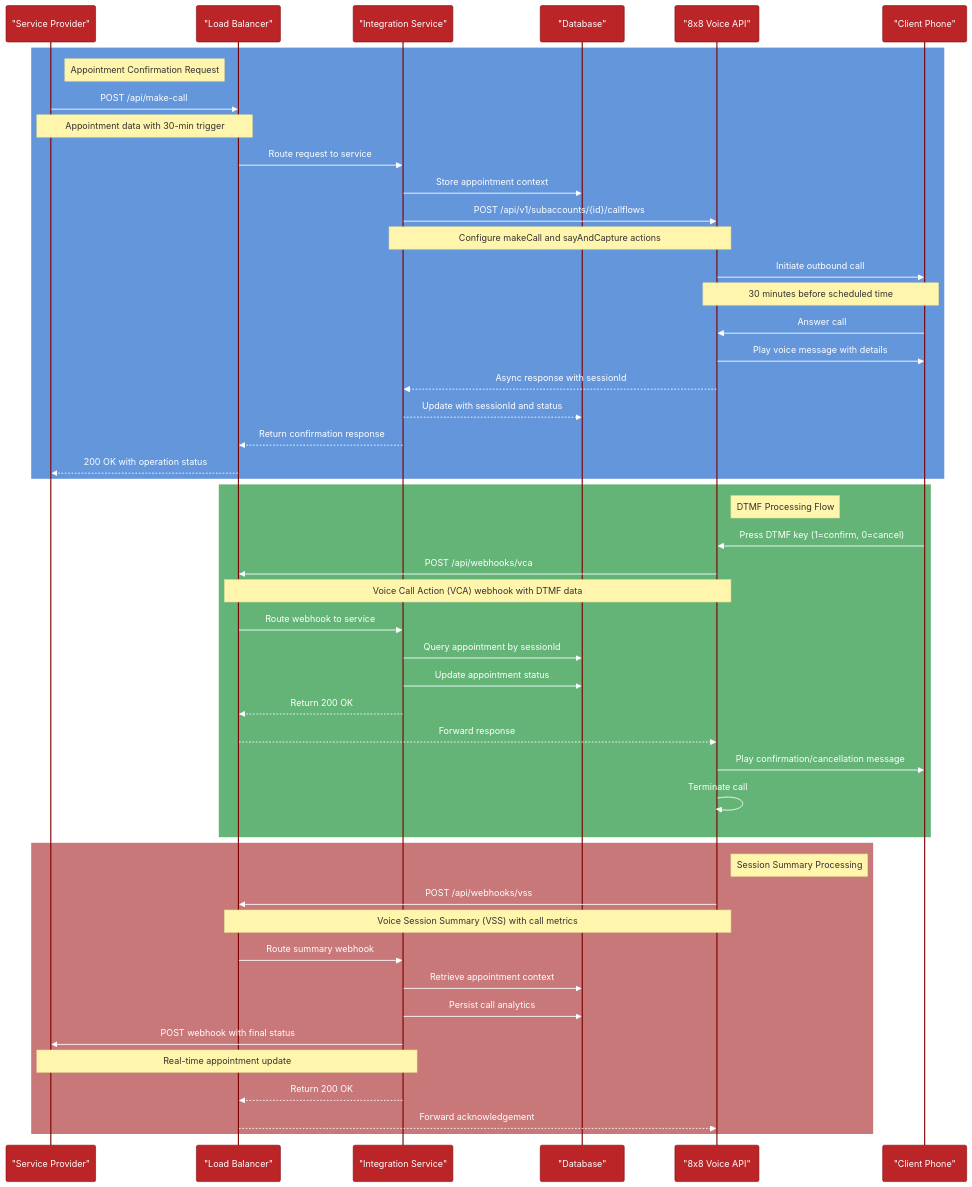
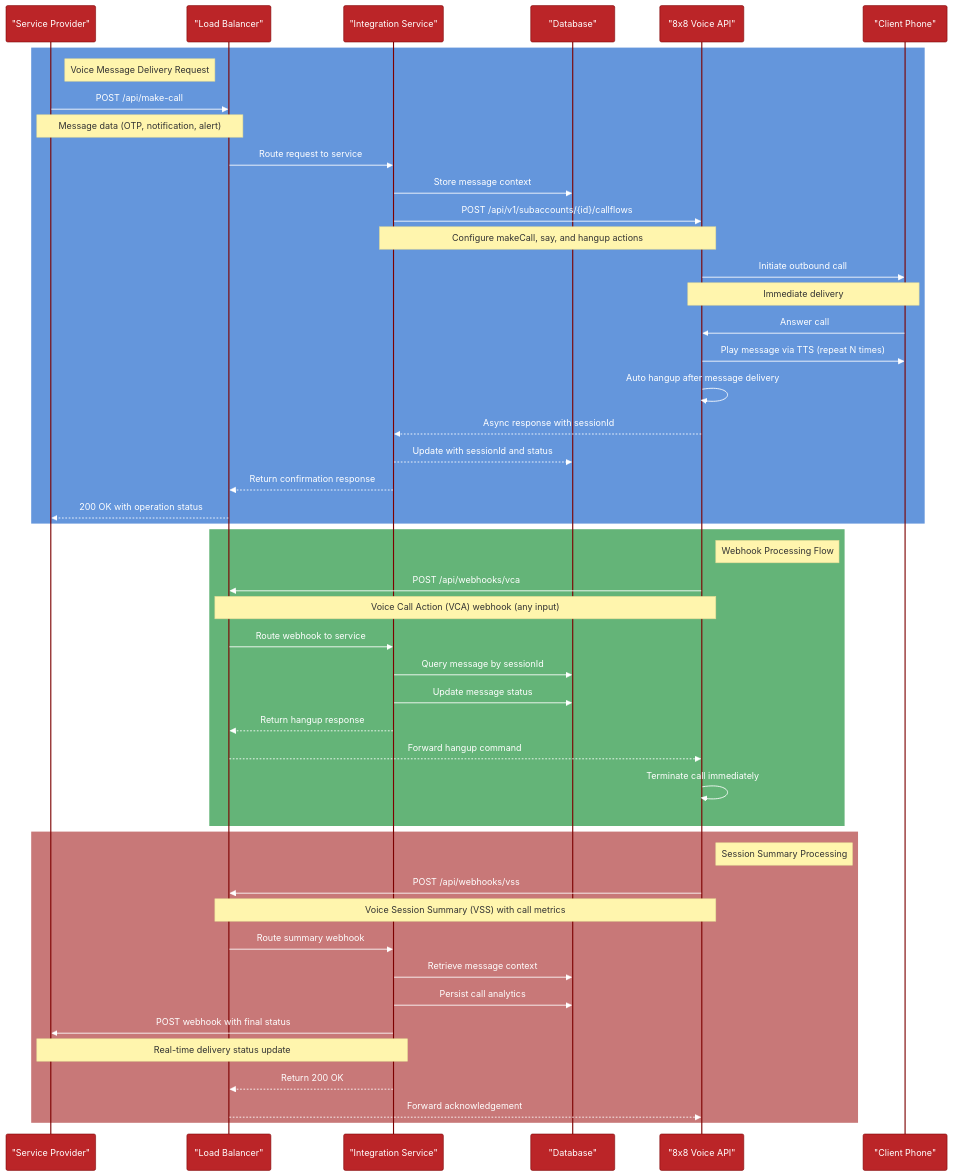
One commit to harrism04/voice_messaging changed the diagram in flow_diagram_detailed.md. Above: the diagram before and after it, drawn with Mermaid. The commit also changed other lines of this file and 1 other file, not shown here.

Commit message:
Update flow diagrams for voice messaging system
- Updated detailed flow diagram to show voice message delivery instead of appointment confirmation
- Changed from scheduled calls to immediate message delivery (OTP, notifications, alerts)
- Modified webhook processing to show hangup response for any input
- Updated simple flow diagram with TTS message delivery and auto-hangup
- Removed DTMF input handling from flow descriptions
- Updated descriptions to focus on delivery status rather than appointment confirmation

🤖 Generated with [Claude Code](https://claude.ai/code)

````diff
--- a/flow_diagram_detailed.md
+++ b/flow_diagram_detailed.md
@@ -1,69 +1,68 @@
 ```mermaid
 %%{init: {
   'theme': 'base', 
   'themeVariables': {
     'primaryColor': '#BB2528',
     'primaryTextColor': '#fff',
     'primaryBorderColor': '#7C0000',
     'lineColor': '#F8B229',
     'secondaryColor': '#006100',
     'tertiaryColor': '#fff',
     'textColor': '#fff',
     'noteTextColor': '#333',
     'noteBkgColor': '#fff5ad',
     'edgeLabelBackground': 'rgba(0,0,0,0.5)',
     'background': 'transparent'
   }
 }}%%
 sequenceDiagram
     participant Provider as "Service Provider"
     participant LB as "Load Balancer"
     participant APISvc as "Integration Service"
     participant DB as "Database"
     participant Voice8x8 as "8x8 Voice API"
     participant Client as "Client Phone"
     rect rgb(100, 150, 220)
-        note right of Provider: Appointment Confirmation Request
+        note right of Provider: Voice Message Delivery Request
         Provider->>LB: POST /api/make-call
-        Note over Provider,LB: Appointment data with 30-min trigger
+        Note over Provider,LB: Message data (OTP, notification, alert)
         LB->>APISvc: Route request to service
-        APISvc->>DB: Store appointment context
+        APISvc->>DB: Store message context
         APISvc->>Voice8x8: POST /api/v1/subaccounts/{id}/callflows
-        Note over APISvc,Voice8x8: Configure makeCall and sayAndCapture actions
+        Note over APISvc,Voice8x8: Configure makeCall, say, and hangup actions
         
         Voice8x8->>Client: Initiate outbound call
-        Note over Voice8x8,Client: 30 minutes before scheduled time
+        Note over Voice8x8,Client: Immediate delivery
         Client->>Voice8x8: Answer call
-        Voice8x8->>Client: Play voice message with details
+        Voice8x8->>Client: Play message via TTS (repeat N times)
+        Voice8x8->>Voice8x8: Auto hangup after message delivery
         
         Voice8x8-->>APISvc: Async response with sessionId
         APISvc-->>DB: Update with sessionId and status
         APISvc-->>LB: Return confirmation response
         LB-->>Provider: 200 OK with operation status
     end
     rect rgb(100, 180, 120)
-        note right of Voice8x8: DTMF Processing Flow
-        Client->>Voice8x8: Press DTMF key (1=confirm, 0=cancel)
+        note right of Voice8x8: Webhook Processing Flow
         Voice8x8->>LB: POST /api/webhooks/vca
-        Note over Voice8x8,LB: Voice Call Action (VCA) webhook with DTMF data
+        Note over Voice8x8,LB: Voice Call Action (VCA) webhook (any input)
         LB->>APISvc: Route webhook to service
-        APISvc->>DB: Query appointment by sessionId
-        APISvc->>DB: Update appointment status
-        APISvc-->>LB: Return 200 OK
-        LB-->>Voice8x8: Forward response
-        Voice8x8->>Client: Play confirmation/cancellation message
-        Voice8x8->>Voice8x8: Terminate call
+        APISvc->>DB: Query message by sessionId
+        APISvc->>DB: Update message status
+        APISvc-->>LB: Return hangup response
+        LB-->>Voice8x8: Forward hangup command
+        Voice8x8->>Voice8x8: Terminate call immediately
     end
     rect rgb(200, 120, 120)
         note right of Voice8x8: Session Summary Processing
         Voice8x8->>LB: POST /api/webhooks/vss
         Note over Voice8x8,LB: Voice Session Summary (VSS) with call metrics
         LB->>APISvc: Route summary webhook
-        APISvc->>DB: Retrieve appointment context
+        APISvc->>DB: Retrieve message context
         APISvc->>DB: Persist call analytics
         APISvc->>Provider: POST webhook with final status
-        Note over APISvc,Provider: Real-time appointment update
+        Note over APISvc,Provider: Real-time delivery status update
         APISvc-->>LB: Return 200 OK
         LB-->>Voice8x8: Forward acknowledgement
     end
 ```
````
